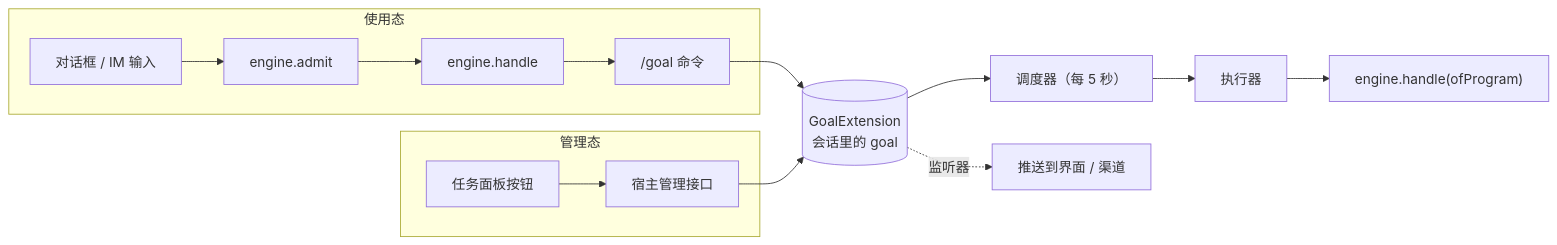
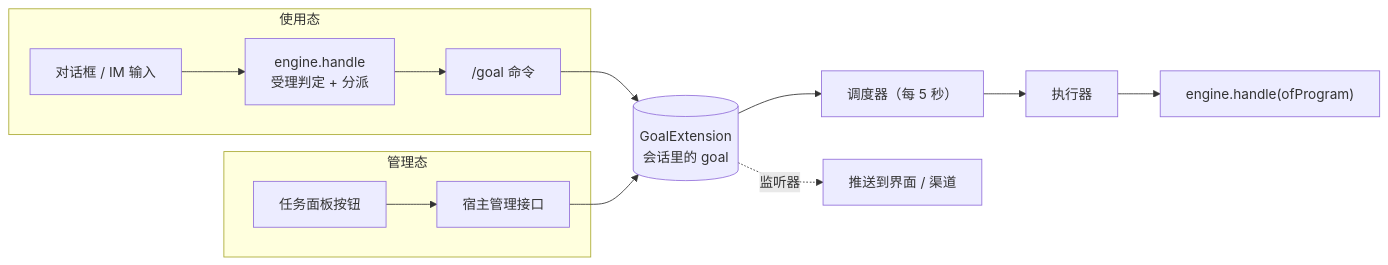
Before and after one commit to opensolon/solon-ai: the second of 2 diagrams in solon-ai-harness-goal/README.md, drawn with Mermaid. The commit also changed other lines of this file and 33 other files, not shown here.

Commit message:
重构：将受理判定收拢进 handle 第 0 步，占位随请求释放，移除对外 AdmitDecision；InputGate 移至包内；补充受理契约测试

````diff
--- a/solon-ai-harness-goal/README.md
+++ b/solon-ai-harness-goal/README.md
@@ -180,13 +180,13 @@
 ```mermaid
 flowchart LR
     subgraph 使用态
-        U1["对话框 / IM 输入"] --> A["engine.admit"] --> H["engine.handle"] --> C["/goal 命令"]
+        U1["对话框 / IM 输入"] --> H["engine.handle<br/>受理判定 + 分派"] --> C["/goal 命令"]
     end
     subgraph 管理态
         U2["任务面板按钮"] --> API["宿主管理接口"]
     end
     C --> G[("GoalExtension<br/>会话里的 goal")]
     API --> G
     G --> S["调度器（每 5 秒）"] --> E["执行器"] --> R["engine.handle(ofProgram)"]
     G -. 监听器 .-> P["推送到界面 / 渠道"]
 ```
````
